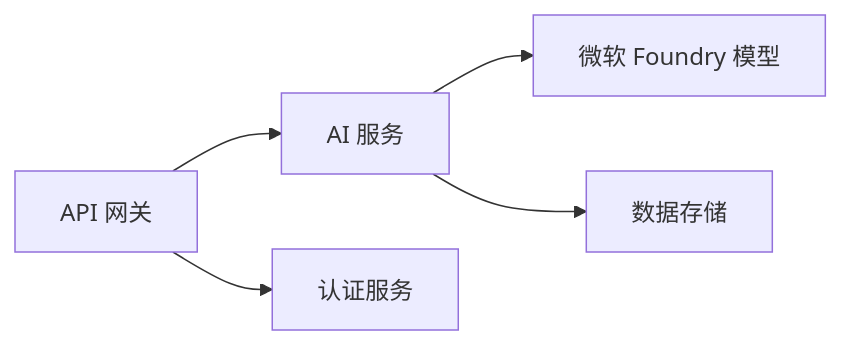
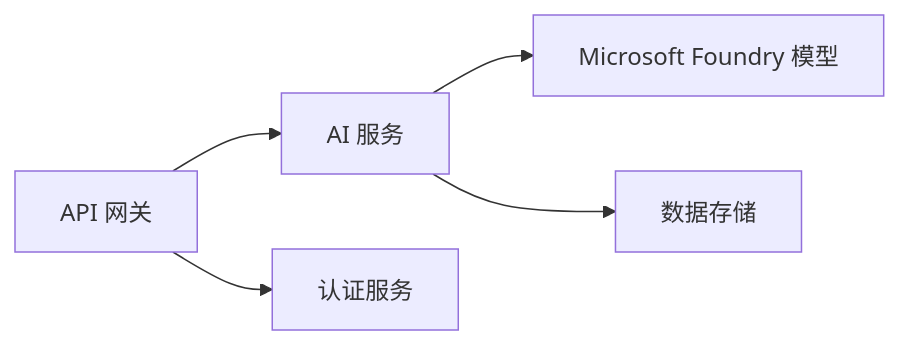
The first of 2 diagrams in translations/zh-CN/docs/chapter-08-production/README.md (microsoft/AZD-for-beginners), drawn with Mermaid before and after one commit. The commit also changed other lines of this file and 60 other files, not shown here.

````diff
--- a/translations/zh-CN/docs/chapter-08-production/README.md
+++ b/translations/zh-CN/docs/chapter-08-production/README.md
@@ -48,6 +48,6 @@
 ```mermaid
 graph LR
-    Gateway[API 网关] --> AI[AI 服务] --> Models[微软 Foundry 模型]
+    Gateway[API 网关] --> AI[AI 服务] --> Models[Microsoft Foundry 模型]
     Gateway --> Auth[认证服务]
     AI --> Data[数据存储]
 ```
````
